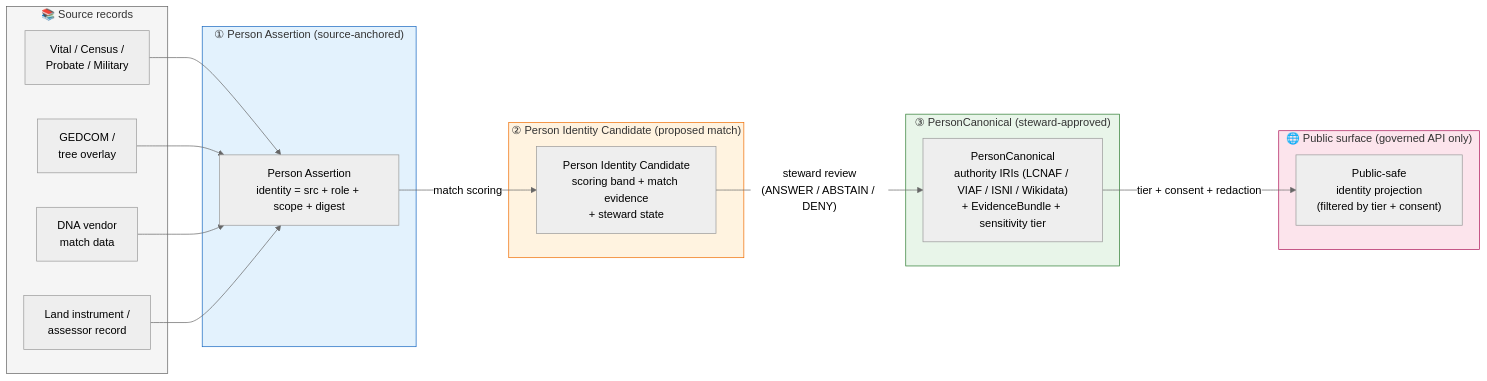
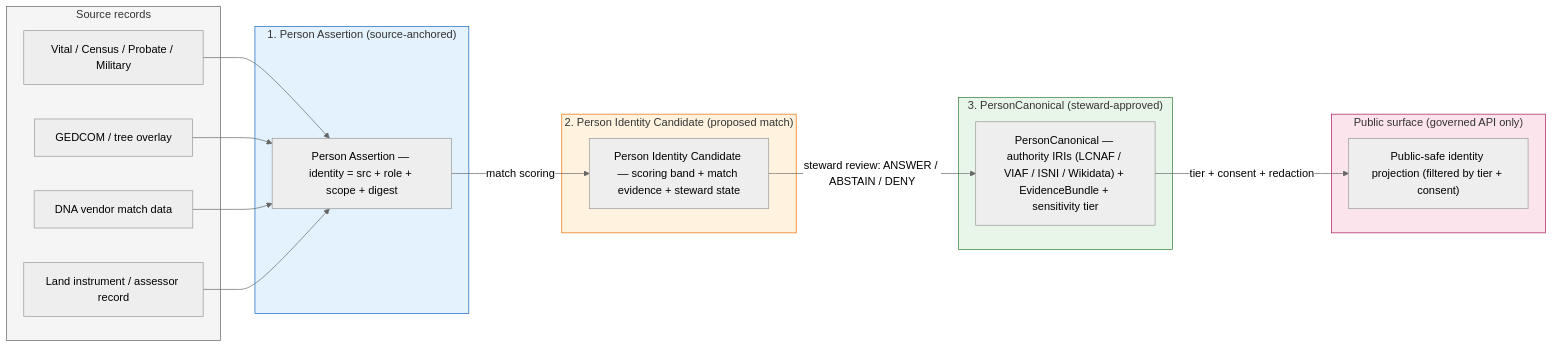
Before and after one commit to bartytime4life/Kansas-Frontier-Matrix: the first of 3 diagrams in docs/domains/people-dna-land/IDENTITY_MODEL.md, drawn with Mermaid (neutral theme). The commit also changed other lines of this file, not shown here.

````diff
--- a/docs/domains/people-dna-land/IDENTITY_MODEL.md
+++ b/docs/domains/people-dna-land/IDENTITY_MODEL.md
@@ -279,40 +307,40 @@
 ```mermaid
 flowchart LR
-    subgraph SOURCES["📚 Source records"]
-        VR["Vital / Census /<br/>Probate / Military"]
-        GED["GEDCOM /<br/>tree overlay"]
-        DTC["DNA vendor<br/>match data"]
-        LR["Land instrument /<br/>assessor record"]
+    subgraph SOURCES["Source records"]
+        VR["Vital / Census / Probate / Military"]
+        GED["GEDCOM / tree overlay"]
+        DTC["DNA vendor match data"]
+        LR["Land instrument / assessor record"]
     end
 
-    subgraph LEVEL1["① Person Assertion (source-anchored)"]
-        PA["Person Assertion<br/>identity = src + role + scope + digest"]
+    subgraph LEVEL1["1. Person Assertion (source-anchored)"]
+        PA["Person Assertion — identity = src + role + scope + digest"]
     end
 
-    subgraph LEVEL2["② Person Identity Candidate (proposed match)"]
-        PIC["Person Identity Candidate<br/>scoring band + match evidence<br/>+ steward state"]
+    subgraph LEVEL2["2. Person Identity Candidate (proposed match)"]
+        PIC["Person Identity Candidate — scoring band + match evidence + steward state"]
     end
 
-    subgraph LEVEL3["③ PersonCanonical (steward-approved)"]
-        PC["PersonCanonical<br/>authority IRIs (LCNAF / VIAF / ISNI / Wikidata)<br/>+ EvidenceBundle + sensitivity tier"]
+    subgraph LEVEL3["3. PersonCanonical (steward-approved)"]
+        PC["PersonCanonical — authority IRIs (LCNAF / VIAF / ISNI / Wikidata) + EvidenceBundle + sensitivity tier"]
     end
 
-    subgraph PUBLIC["🌐 Public surface (governed API only)"]
-        PUB["Public-safe<br/>identity projection<br/>(filtered by tier + consent)"]
+    subgraph PUBLIC["Public surface (governed API only)"]
+        PUB["Public-safe identity projection (filtered by tier + consent)"]
     end
 
     VR --> PA
     GED --> PA
     DTC --> PA
     LR --> PA
 
     PA -- "match scoring" --> PIC
-    PIC -- "steward review<br/>(ANSWER / ABSTAIN / DENY)" --> PC
+    PIC -- "steward review: ANSWER / ABSTAIN / DENY" --> PC
     PC -- "tier + consent + redaction" --> PUB
 
     style LEVEL1 fill:#e3f2fd,stroke:#1565c0
     style LEVEL2 fill:#fff3e0,stroke:#ef6c00
     style LEVEL3 fill:#e8f5e9,stroke:#2e7d32
     style PUBLIC fill:#fce4ec,stroke:#ad1457
     style SOURCES fill:#f5f5f5,stroke:#616161
 ```
````
